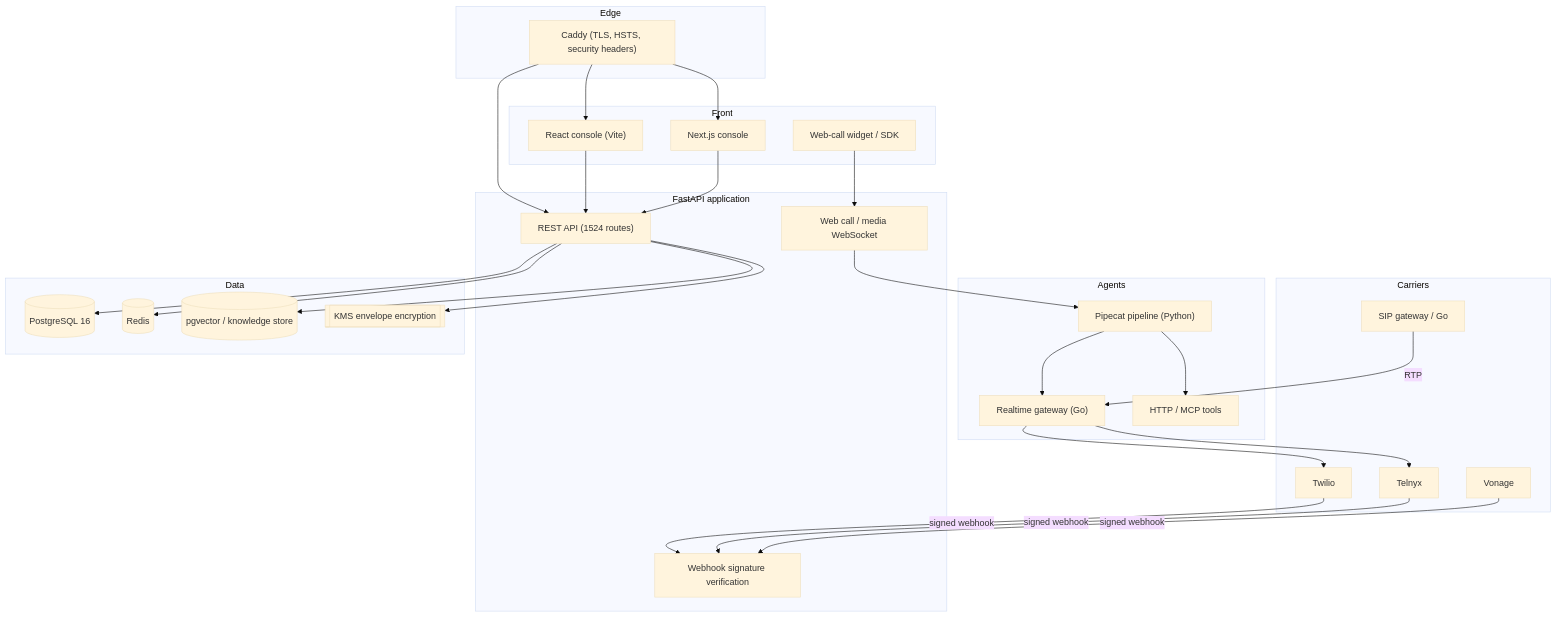
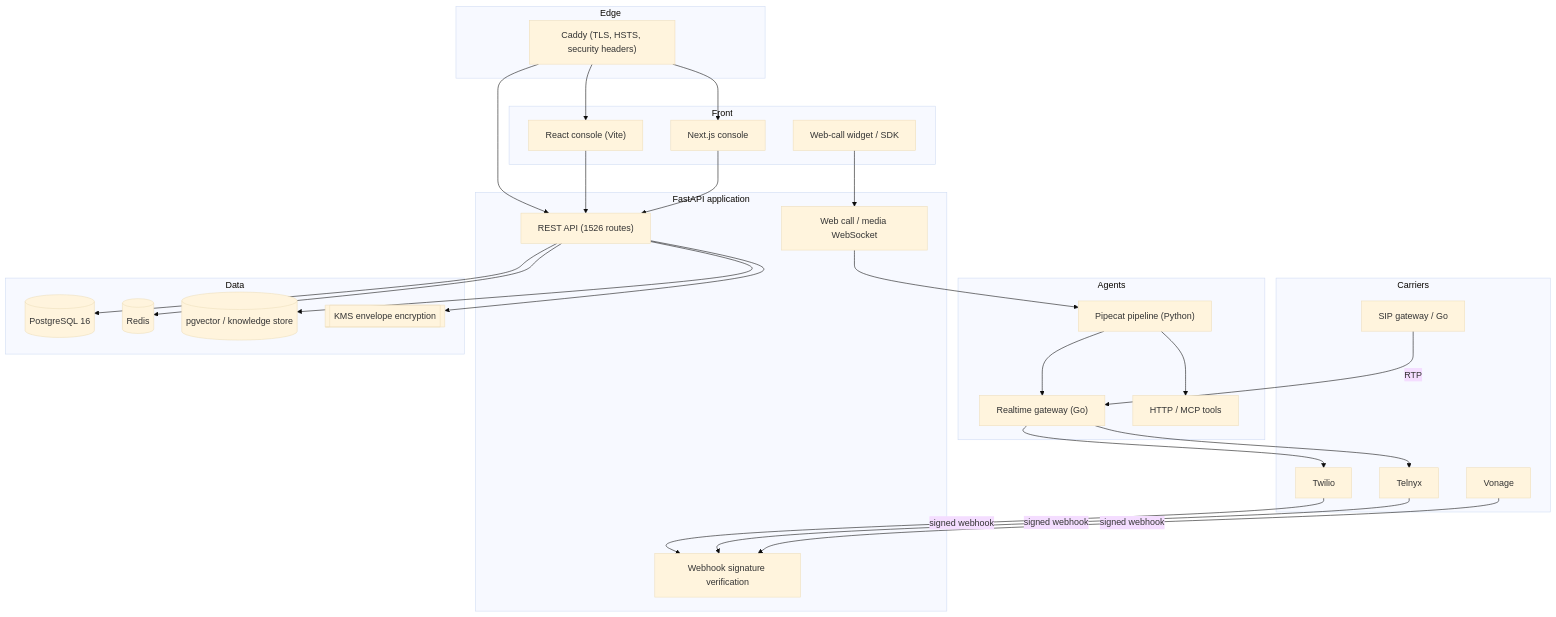
The diagram in voxdesk-call/README.md (Ainul-550Islam/voxdesk-call-ainul-islam), drawn with Mermaid (base theme) before and after one commit. The commit also changed other lines of this file and 20 other files, not shown here.

````diff
--- a/voxdesk-call/README.md
+++ b/voxdesk-call/README.md
@@ -12,53 +12,53 @@
 ```mermaid
 flowchart TB
     subgraph Edge
         Caddy["Caddy (TLS, HSTS, security headers)"]
     end
     subgraph Carriers
         Twilio[Twilio]
         Telnyx[Telnyx]
         Vonage[Vonage]
         SIP[SIP gateway / Go]
     end
     subgraph App["FastAPI application"]
-        API["REST API (1524 routes)"]
+        API["REST API (1526 routes)"]
         WS["Web call / media WebSocket"]
         Wh[Webhook signature verification]
     end
     subgraph Agents
         Pipe["Pipecat pipeline (Python)"]
         RT["Realtime gateway (Go)"]
         Tools["HTTP / MCP tools"]
     end
     subgraph Data
         PG[("PostgreSQL 16")]
         Redis[("Redis")]
         Vec[("pgvector / knowledge store")]
         KMS[["KMS envelope encryption"]]
     end
     subgraph Front
         Dash["React console (Vite)"]
         Next["Next.js console"]
         Widget["Web-call widget / SDK"]
     end
 
     Twilio -->|signed webhook| Wh
     Telnyx -->|signed webhook| Wh
     Vonage -->|signed webhook| Wh
     SIP -->|RTP| RT
     Caddy --> API
     Caddy --> Dash
     Caddy --> Next
     Widget --> WS
     WS --> Pipe
     API --> PG
     API --> Redis
     API --> Vec
     API --> KMS
     Pipe --> Tools
     Pipe --> RT
     RT --> Twilio
     RT --> Telnyx
     Dash --> API
     Next --> API
 ```
````
